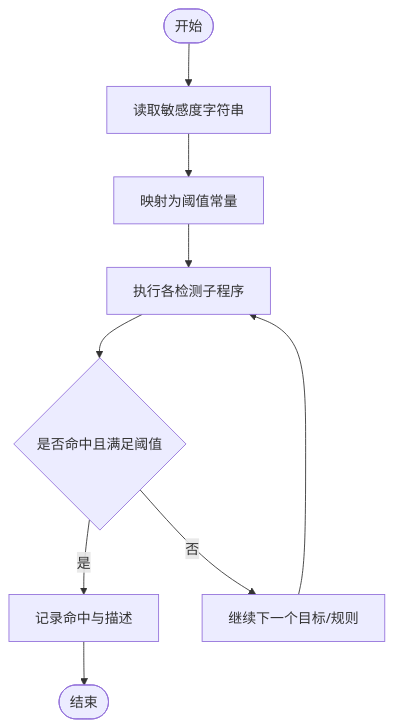
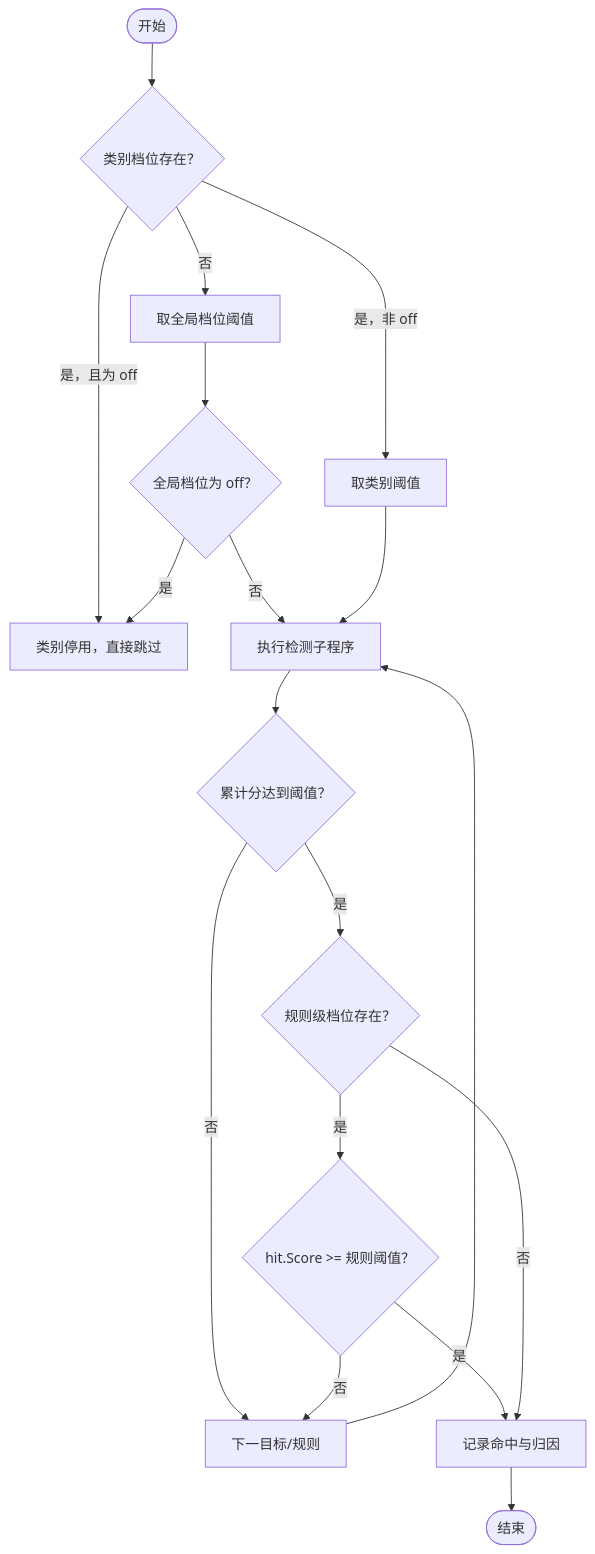
One commit to x01n/My-OpenWaf changed the fourth of 9 diagrams in docs/安全防护功能/OWASP 检测/配置与管理.md. Above: the diagram before and after it, drawn with Mermaid. The commit also changed other lines of this file and 622 other files, not shown here.

````diff
--- a/docs/安全防护功能/OWASP 检测/配置与管理.md
+++ b/docs/安全防护功能/OWASP 检测/配置与管理.md
@@ -196,11 +270,20 @@
 ```mermaid
 flowchart TD
-Start(["开始"]) --> Sens["读取敏感度字符串"]
-Sens --> Map["映射为阈值常量"]
-Map --> Exec["执行各检测子程序"]
-Exec --> Decide{"是否命中且满足阈值"}
-Decide --> |是| Hit["记录命中与描述"]
-Decide --> |否| Next["继续下一个目标/规则"]
-Hit --> End(["结束"])
+Start(["开始"]) --> Cat{"类别档位存在？"}
+Cat --> |"是，且为 off"| Off["类别停用，直接跳过"]
+Cat --> |"是，非 off"| CTh["取类别阈值"]
+Cat --> |"否"| GTh["取全局档位阈值"]
+GTh --> Off2{"全局档位为 off？"}
+Off2 --> |是| Off
+Off2 --> |否| Exec["执行检测子程序"]
+CTh --> Exec
+Exec --> Hit{"累计分达到阈值？"}
+Hit --> |否| Next["下一目标/规则"]
+Hit --> |是| RSens{"规则级档位存在？"}
+RSens --> |是| Check{"hit.Score >= 规则阈值？"}
+Check --> |否| Next
+Check --> |是| Result["记录命中与归因"]
+RSens --> |否| Result
+Result --> End(["结束"])
 Next --> Exec
 ```
````
